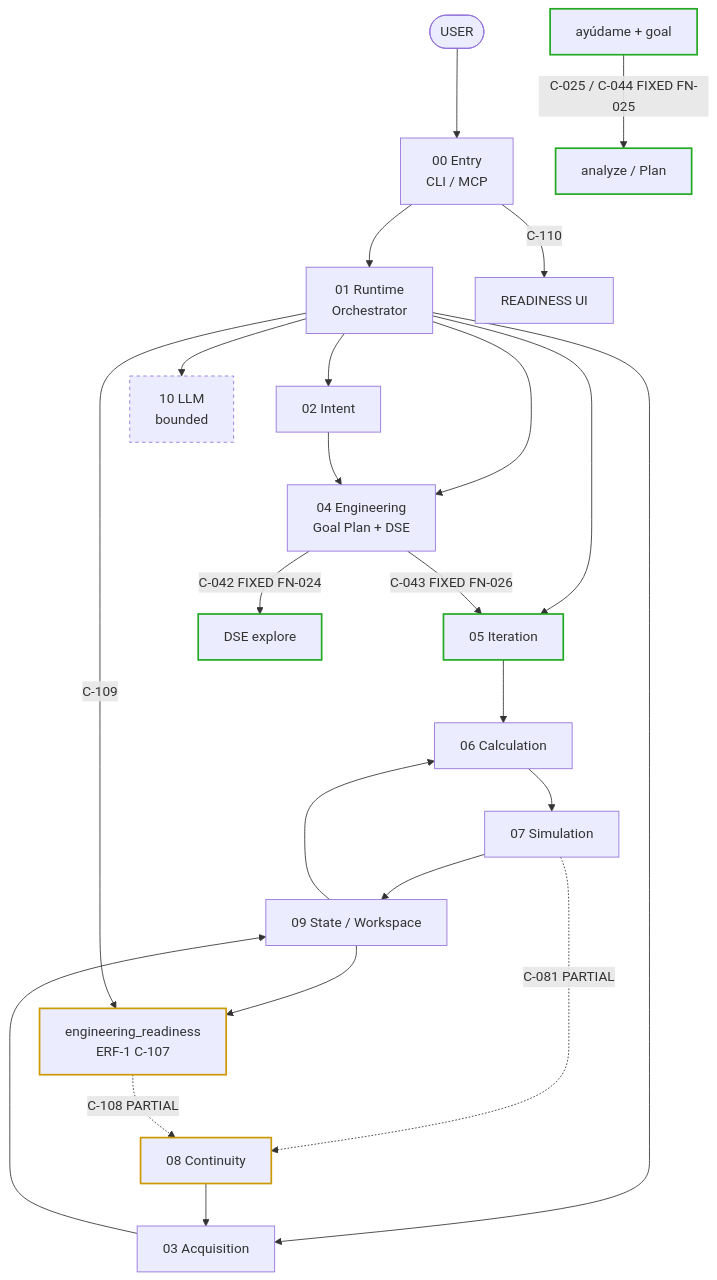
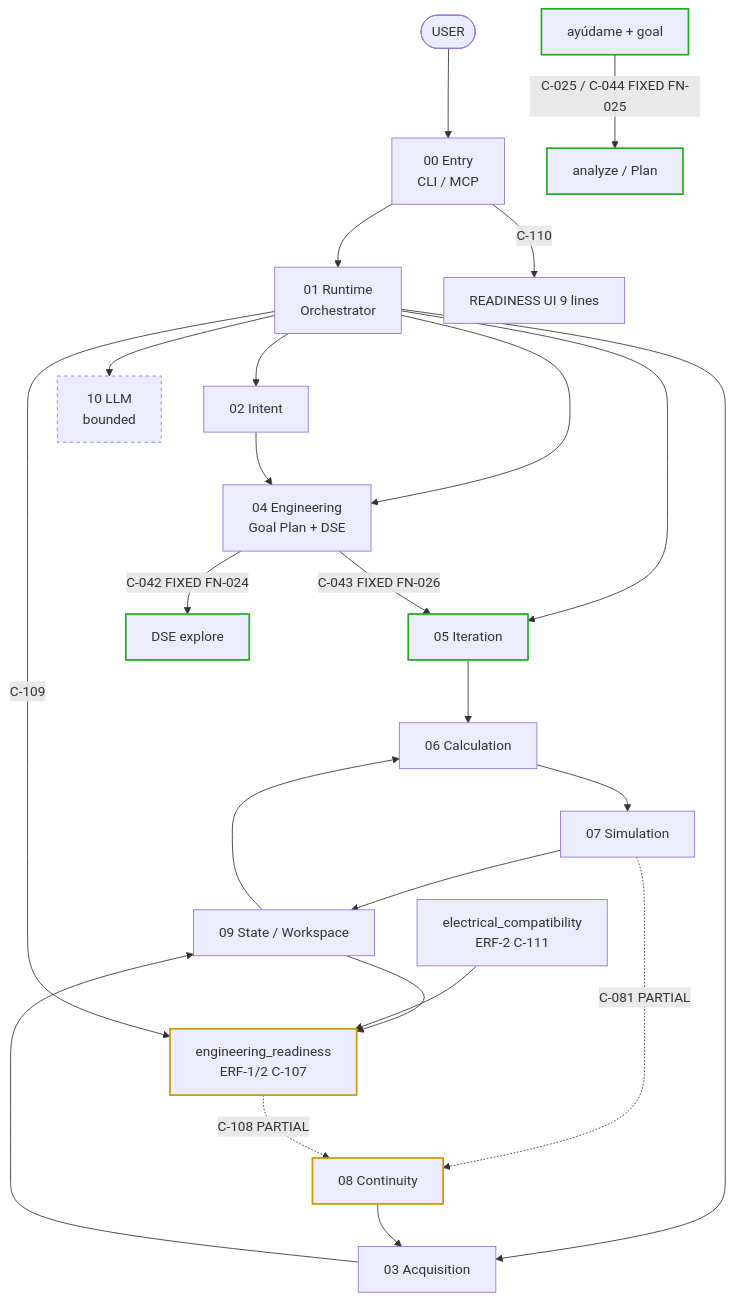
One commit to mcuestamunoz/Jarvis changed the diagram in docs/system_map/DIAGRAMS.md. Above: the diagram before and after it, drawn with Mermaid. The commit also changed other lines of this file and 9 other files, not shown here.

````diff
--- a/docs/system_map/DIAGRAMS.md
+++ b/docs/system_map/DIAGRAMS.md
@@ -43,36 +45,37 @@
 ```mermaid
 flowchart TB
   USER([USER]) --> ENTRY[00 Entry<br/>CLI / MCP]
   ENTRY --> RT[01 Runtime<br/>Orchestrator]
 
   RT --> INTENT[02 Intent]
   RT --> ACQ[03 Acquisition]
   RT --> ENG[04 Engineering<br/>Goal Plan + DSE]
   RT --> ITER[05 Iteration]
   RT --> LLM[10 LLM<br/>bounded]
 
   INTENT --> ENG
   ENG -->|C-042 FIXED FN-024| DSE[DSE explore]
   ENG -->|C-043 FIXED FN-026| ITER
   HELP[ayúdame + goal] -->|C-025 / C-044 FIXED FN-025| ANALYZE[analyze / Plan]
 
   ITER --> CALC[06 Calculation]
   CALC --> SIM[07 Simulation]
   SIM --> STATE[09 State / Workspace]
   SIM -.->|C-081 PARTIAL| CONT[08 Continuity]
-  STATE --> READ[engineering_readiness<br/>ERF-1 C-107]
+  STATE --> READ[engineering_readiness<br/>ERF-1/2 C-107]
+  ELEC[electrical_compatibility<br/>ERF-2 C-111] --> READ
   READ -.->|C-108 PARTIAL| CONT
   RT -->|C-109| READ
-  ENTRY -->|C-110| READ_UI[READINESS UI]
+  ENTRY -->|C-110| READ_UI[READINESS UI 9 lines]
   ACQ --> STATE
   CONT --> ACQ
   STATE --> CALC
 
   classDef broken stroke:#c44,stroke-width:2px,stroke-dasharray: 5 3;
   classDef partial stroke:#c90,stroke-width:2px;
   classDef fixed stroke:#2a2,stroke-width:2px;
   classDef llm stroke-dasharray: 4 4;
   class DSE,ANALYZE,HELP,ITER fixed;
   class CONT,READ partial;
   class LLM llm;
 ```
````
